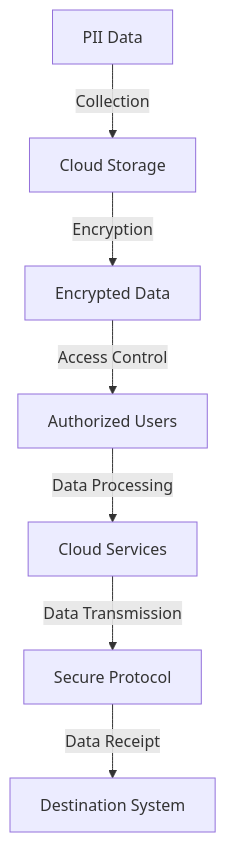
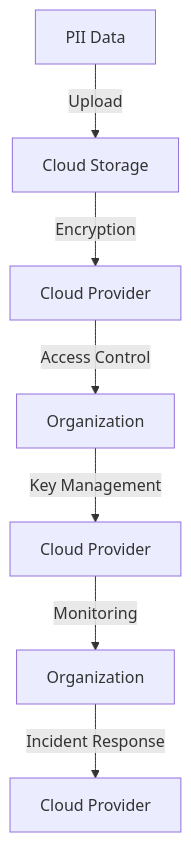
Before and after one commit to baaghinitesh/dailly-notes: the first of 3 diagrams in docs/blogs/How_to_Safely_Handle_PII__Personally_Identifiable_Information__Part_2.md, drawn with Mermaid. The commit also changed other lines of this file and 5 other files, not shown here.

````diff
--- a/docs/blogs/How_to_Safely_Handle_PII__Personally_Identifiable_Information__Part_2.md
+++ b/docs/blogs/How_to_Safely_Handle_PII__Personally_Identifiable_Information__Part_2.md
@@ -28,9 +24,9 @@
 ```mermaid
 flowchart TD
-    id["PII Data"] -->|Collection| id1["Cloud Storage"]
-    id1 -->|Encryption| id2["Encrypted Data"]
-    id2 -->|Access Control| id3["Authorized Users"]
-    id3 -->|Data Processing| id4["Cloud Services"]
-    id4 -->|Data Transmission| id5["Secure Protocol"]
-    id5 -->|Data Receipt| id6["Destination System"]
+    id["PII Data"] -->|Upload| id1["Cloud Storage"]
+    id1 -->|Encryption| id2["Cloud Provider"]
+    id2 -->|Access Control| id3["Organization"]
+    id3 -->|Key Management| id4["Cloud Provider"]
+    id4 -->|Monitoring| id5["Organization"]
+    id5 -->|Incident Response| id6["Cloud Provider"]
 ```
````
